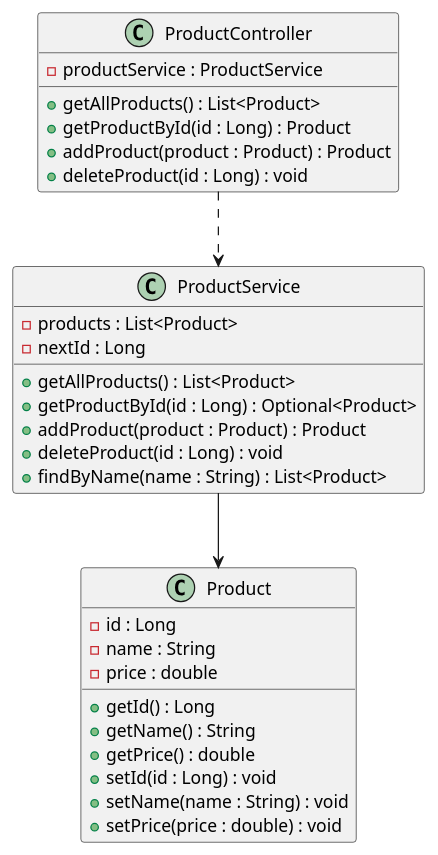
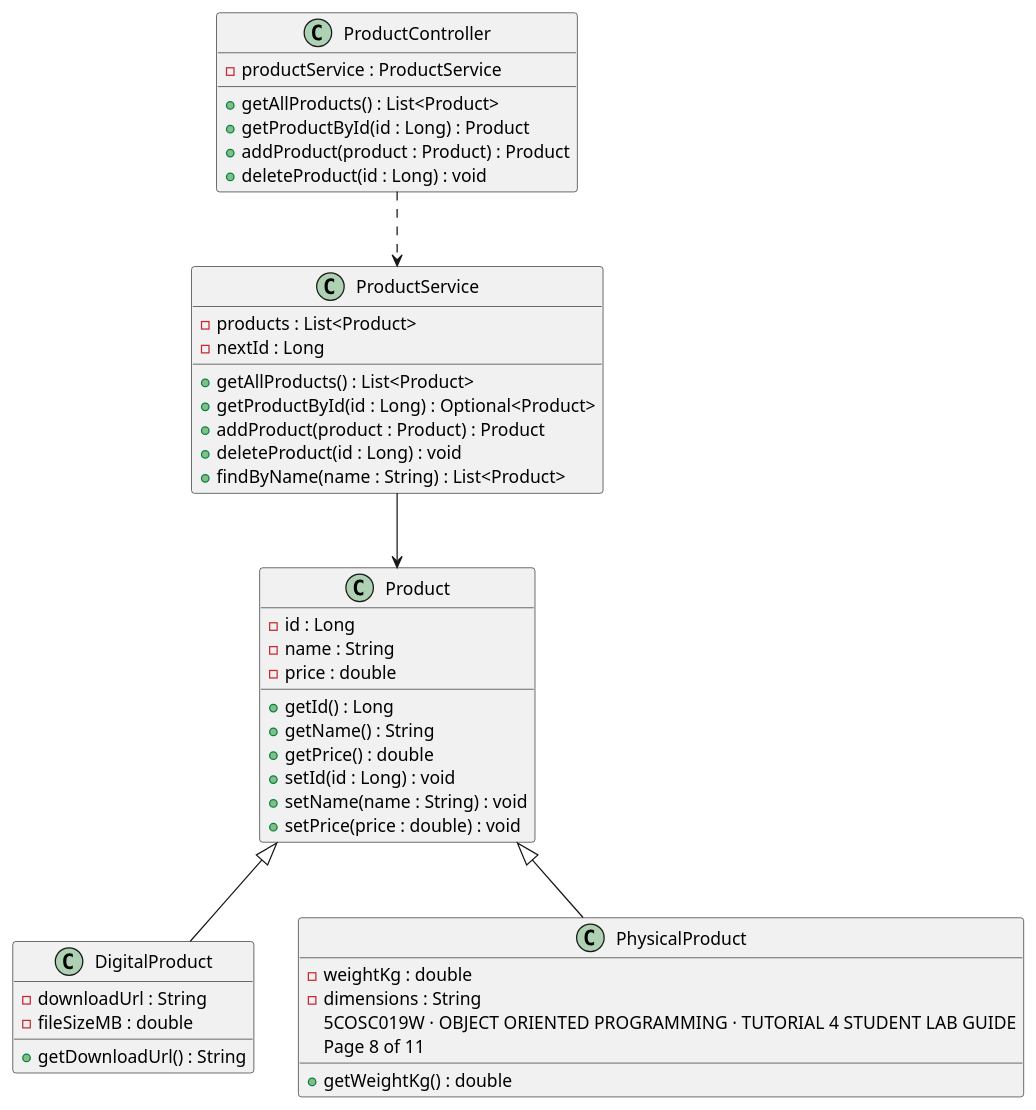
The diagram in docs/class-diagram.puml (Thanujan-mac/products-api-), drawn with PlantUML before and after one commit. The commit also changed 7 other files, not shown here.

Commit message:
Tutorial 4: inheritance hierarchy — DigitalProduct and PhysicalProduct

```diff
--- a/docs/class-diagram.puml
+++ b/docs/class-diagram.puml
@@ -1,36 +1,51 @@
 @startuml
 
 class Product {
     - id : Long
     - name : String
     - price : double
     + getId() : Long
     + getName() : String
     + getPrice() : double
     + setId(id : Long) : void
     + setName(name : String) : void
     + setPrice(price : double) : void
 }
 
 class ProductService {
     - products : List<Product>
     - nextId : Long
     + getAllProducts() : List<Product>
     + getProductById(id : Long) : Optional<Product>
     + addProduct(product : Product) : Product
     + deleteProduct(id : Long) : void
     + findByName(name : String) : List<Product>
 }
 
 class ProductController {
     - productService : ProductService
     + getAllProducts() : List<Product>
     + getProductById(id : Long) : Product
     + addProduct(product : Product) : Product
     + deleteProduct(id : Long) : void
 }
 
+class DigitalProduct {
+- downloadUrl : String
+- fileSizeMB : double
++ getDownloadUrl() : String
+}
+class PhysicalProduct {
+- weightKg : double
+- dimensions : String
+5COSC019W · OBJECT ORIENTED PROGRAMMING · TUTORIAL 4 STUDENT LAB GUIDE
+Page 8 of 11
++ getWeightKg() : double
+}
+
+Product <|-- DigitalProduct
+Product <|-- PhysicalProduct
 ProductController ..> ProductService
 ProductService --> Product
 
 @enduml
```
